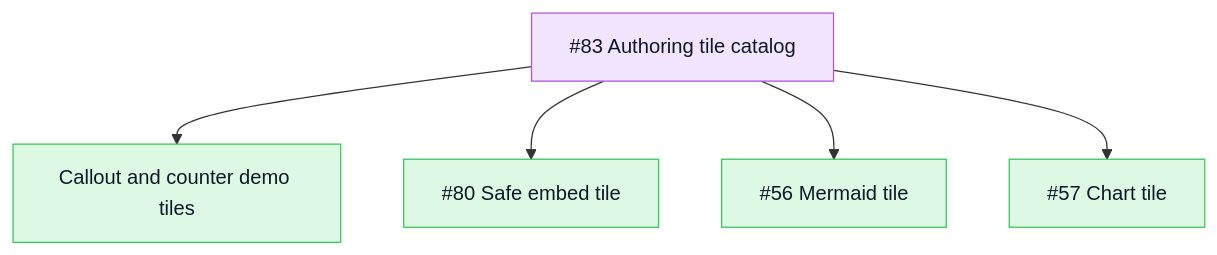
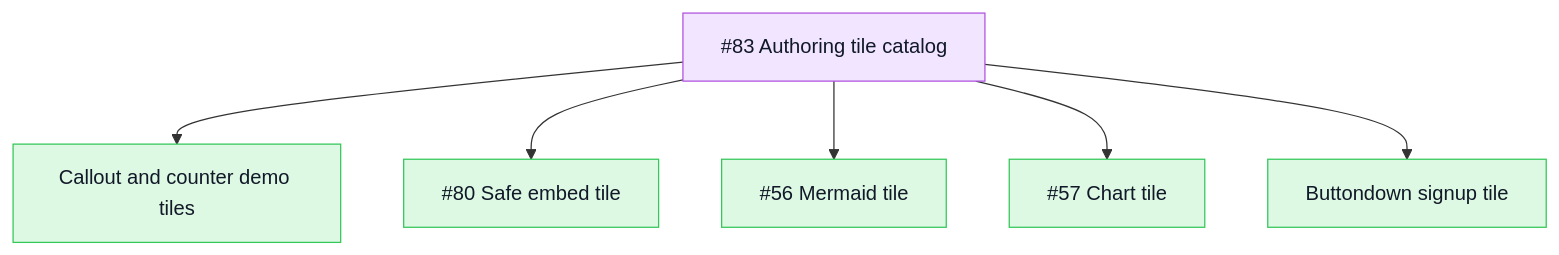
Before and after one commit to TileDown/tile-down: the sixth of 9 diagrams in README.md, drawn with Mermaid. The commit also changed other lines of this file and 19 other files, not shown here.

First line of the commit message:
feat(tile): add Buttondown signup tile

````diff
--- a/README.md
+++ b/README.md
@@ -497,13 +527,14 @@
 ```mermaid
 flowchart TD
   Epic["#83 Authoring tile catalog"]:::epic
   Epic --> DemoTiles["Callout and counter demo tiles"]:::done
   Epic --> Embed["#80 Safe embed tile"]:::done
   Epic --> Mermaid["#56 Mermaid tile"]:::done
   Epic --> Charts["#57 Chart tile"]:::done
+  Epic --> Buttondown["Buttondown signup tile"]:::done
 
   classDef done fill:#ddf9e4,stroke:#34c759,color:#111827
   classDef review fill:#fff7d6,stroke:#ffcc00,color:#111827
   classDef epic fill:#f2e5ff,stroke:#af52de,color:#111827
   classDef todo fill:#f2f2f7,stroke:#8e8e93,color:#111827
 ```
````
